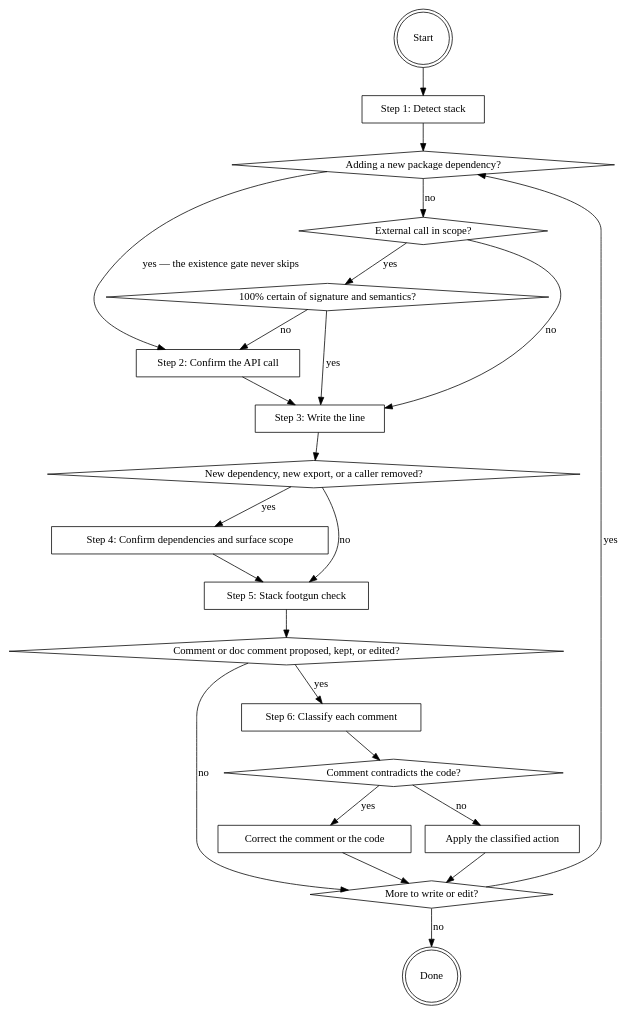
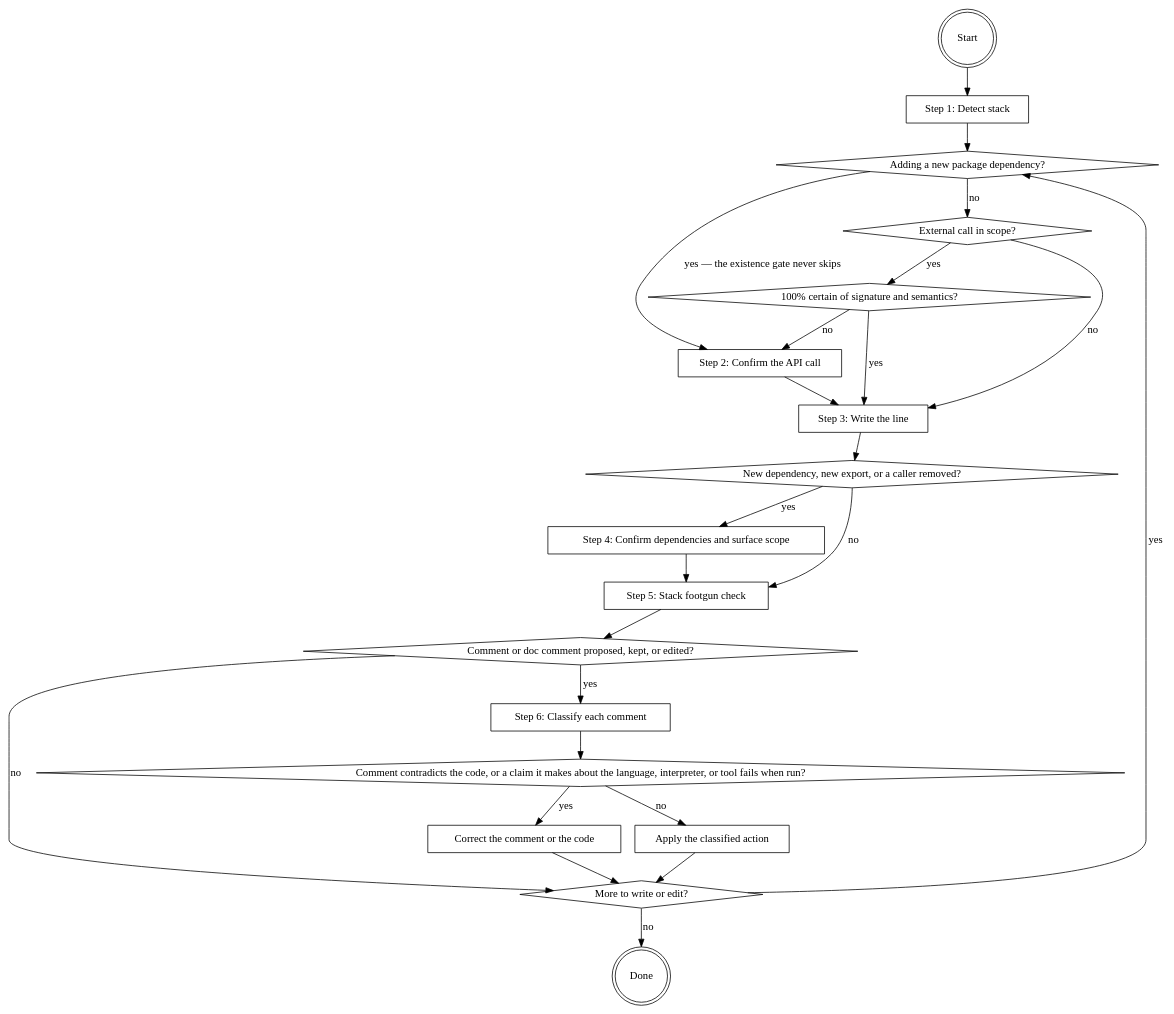
One commit to it-bens/ai-tools changed the diagram in plugins/software-writer/skills/writing-code/SKILL.md. Above: the diagram before and after it, drawn with Graphviz. The commit also changed other lines of this file and 26 other files, not shown here.

````diff
--- a/plugins/software-writer/skills/writing-code/SKILL.md
+++ b/plugins/software-writer/skills/writing-code/SKILL.md
@@ -20,44 +20,44 @@
 ```dot
 digraph writing_code {
     "Start" [shape=doublecircle];
     "Step 1: Detect stack" [shape=box];
     "Adding a new package dependency?" [shape=diamond];
     "External call in scope?" [shape=diamond];
     "100% certain of signature and semantics?" [shape=diamond];
     "Step 2: Confirm the API call" [shape=box];
     "Step 3: Write the line" [shape=box];
     "New dependency, new export, or a caller removed?" [shape=diamond];
     "Step 4: Confirm dependencies and surface scope" [shape=box];
     "Step 5: Stack footgun check" [shape=box];
     "Comment or doc comment proposed, kept, or edited?" [shape=diamond];
     "Step 6: Classify each comment" [shape=box];
-    "Comment contradicts the code?" [shape=diamond];
+    "Comment contradicts the code, or a claim it makes about the language, interpreter, or tool fails when run?" [shape=diamond];
     "Correct the comment or the code" [shape=box];
     "Apply the classified action" [shape=box];
     "More to write or edit?" [shape=diamond];
     "Done" [shape=doublecircle];
 
     "Start" -> "Step 1: Detect stack" -> "Adding a new package dependency?";
     "Adding a new package dependency?" -> "Step 2: Confirm the API call" [label="yes — the existence gate never skips"];
     "Adding a new package dependency?" -> "External call in scope?" [label="no"];
     "External call in scope?" -> "100% certain of signature and semantics?" [label="yes"];
     "External call in scope?" -> "Step 3: Write the line" [label="no"];
     "100% certain of signature and semantics?" -> "Step 3: Write the line" [label="yes"];
     "100% certain of signature and semantics?" -> "Step 2: Confirm the API call" [label="no"];
     "Step 2: Confirm the API call" -> "Step 3: Write the line";
     "Step 3: Write the line" -> "New dependency, new export, or a caller removed?";
     "New dependency, new export, or a caller removed?" -> "Step 4: Confirm dependencies and surface scope" [label="yes"];
     "New dependency, new export, or a caller removed?" -> "Step 5: Stack footgun check" [label="no"];
     "Step 4: Confirm dependencies and surface scope" -> "Step 5: Stack footgun check";
     "Step 5: Stack footgun check" -> "Comment or doc comment proposed, kept, or edited?";
     "Comment or doc comment proposed, kept, or edited?" -> "Step 6: Classify each comment" [label="yes"];
     "Comment or doc comment proposed, kept, or edited?" -> "More to write or edit?" [label="no"];
-    "Step 6: Classify each comment" -> "Comment contradicts the code?";
-    "Comment contradicts the code?" -> "Correct the comment or the code" [label="yes"];
-    "Comment contradicts the code?" -> "Apply the classified action" [label="no"];
+    "Step 6: Classify each comment" -> "Comment contradicts the code, or a claim it makes about the language, interpreter, or tool fails when run?";
+    "Comment contradicts the code, or a claim it makes about the language, interpreter, or tool fails when run?" -> "Correct the comment or the code" [label="yes"];
+    "Comment contradicts the code, or a claim it makes about the language, interpreter, or tool fails when run?" -> "Apply the classified action" [label="no"];
     "Correct the comment or the code" -> "More to write or edit?";
     "Apply the classified action" -> "More to write or edit?";
     "More to write or edit?" -> "Adding a new package dependency?" [label="yes"];
     "More to write or edit?" -> "Done" [label="no"];
 }
 ```
````
